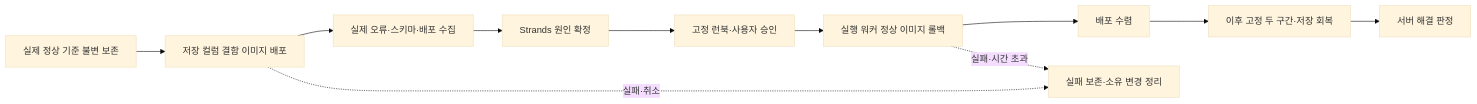
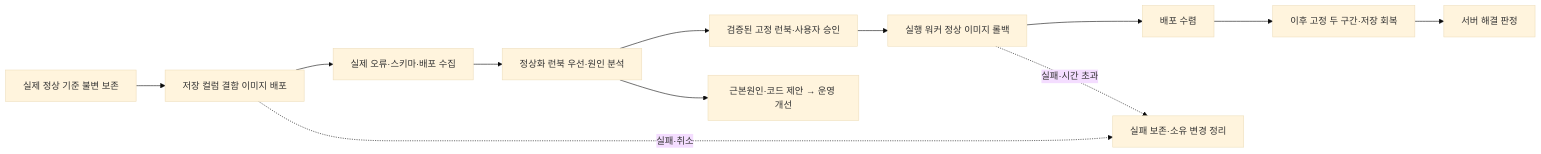
The diagram in docs/adr/infra/0007-demo-symptom-alarm-and-deployment-fault-injection.md (haandol/rca-agent), drawn with Mermaid (base theme) before and after one commit. The commit also changed other lines of this file and 138 other files, not shown here.

````diff
--- a/docs/adr/infra/0007-demo-symptom-alarm-and-deployment-fault-injection.md
+++ b/docs/adr/infra/0007-demo-symptom-alarm-and-deployment-fault-injection.md
@@ -131,9 +148,11 @@
 ```mermaid
 flowchart LR
     B["실제 정상 기준 불변 보존"] --> F["저장 컬럼 결함 이미지 배포"]
-    F --> E["실제 오류·스키마·배포 수집"] --> C["Strands 원인 확정"]
-    C --> A["고정 런북·사용자 승인"] --> R["실행 워커 정상 이미지 롤백"]
+    F --> E["실제 오류·스키마·배포 수집"] --> C["정상화 런북 우선·원인 분석"]
+    C --> A["검증된 고정 런북·사용자 승인"]
+    C --> O["근본원인·코드 제안 → 운영 개선"]
+    A --> R["실행 워커 정상 이미지 롤백"]
     R --> D["배포 수렴"] --> M["이후 고정 두 구간·저장 회복"] --> S["서버 해결 판정"]
     F -. "실패·취소" .-> X["실패 보존·소유 변경 정리"]
     R -. "실패·시간 초과" .-> X
 ```
````
